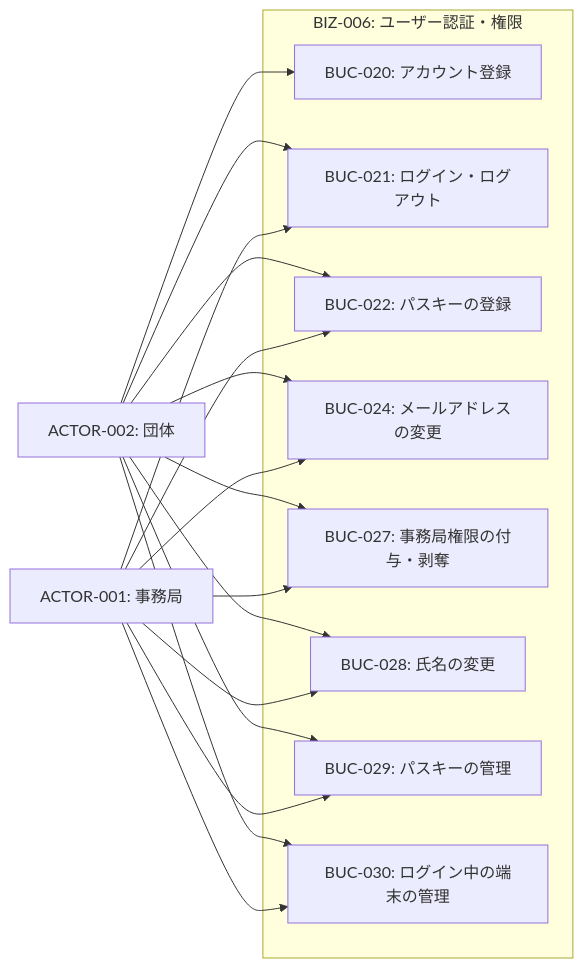
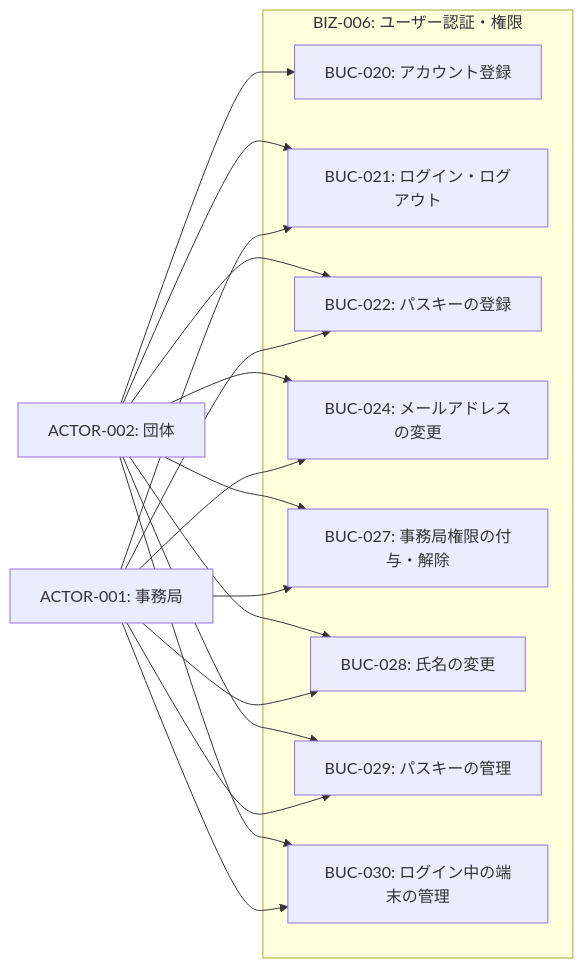
One commit to gdsc-osaka/iclub-reserve changed the first of 9 diagrams in rdra/contexts/user-authentication.md. Above: the diagram before and after it, drawn with Mermaid. The commit also changed other lines of this file and 160 other files, not shown here.

````diff
--- a/rdra/contexts/user-authentication.md
+++ b/rdra/contexts/user-authentication.md
@@ -341,32 +341,32 @@
 ```mermaid
 graph LR
     actor1["ACTOR-001: 事務局"]
     actor2["ACTOR-002: 団体"]
 
     subgraph biz6["BIZ-006: ユーザー認証・権限"]
         buc20["BUC-020: アカウント登録"]
         buc21["BUC-021: ログイン・ログアウト"]
         buc22["BUC-022: パスキーの登録"]
         buc24["BUC-024: メールアドレスの変更"]
-        buc27["BUC-027: 事務局権限の付与・剥奪"]
+        buc27["BUC-027: 事務局権限の付与・解除"]
         buc28["BUC-028: 氏名の変更"]
         buc29["BUC-029: パスキーの管理"]
         buc30["BUC-030: ログイン中の端末の管理"]
     end
 
     actor2 --> buc20
     actor1 --> buc21
     actor2 --> buc21
     actor1 --> buc22
     actor2 --> buc22
     actor1 --> buc24
     actor2 --> buc24
     actor1 --> buc27
     actor2 --> buc27
     actor1 --> buc28
     actor2 --> buc28
     actor1 --> buc29
     actor2 --> buc29
     actor1 --> buc30
     actor2 --> buc30
 ```
````
